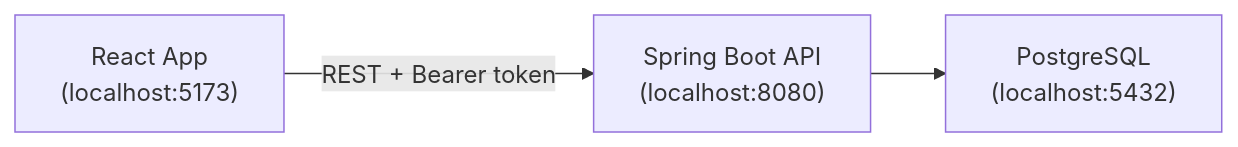
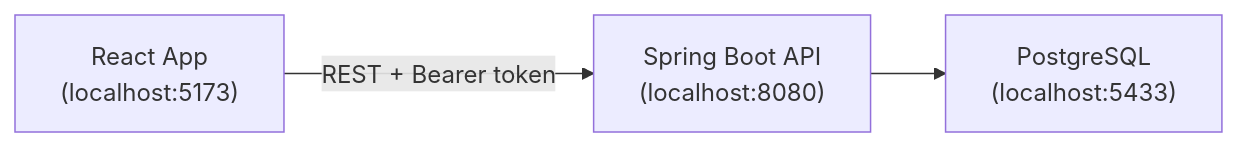
The first of 5 diagrams in README.md (Medhansh223/Finance-Tracker), drawn with Mermaid before and after one commit. The commit also changed other lines of this file and 7 other files, not shown here.

Commit message:
Refactor backend to connect directly to PostgreSQL, remove Docker-managed database, configure 16-hour session duration, and restructure TransactionService using OCP (Strategy Pattern)

````diff
--- a/README.md
+++ b/README.md
@@ -274,9 +278,9 @@
 ```mermaid
 flowchart LR
     Browser["React App\n(localhost:5173)"]
     API["Spring Boot API\n(localhost:8080)"]
-    DB["PostgreSQL\n(localhost:5432)"]
+    DB["PostgreSQL\n(localhost:5433)"]
 
     Browser -->|"REST + Bearer token"| API
     API --> DB
 ```
````
